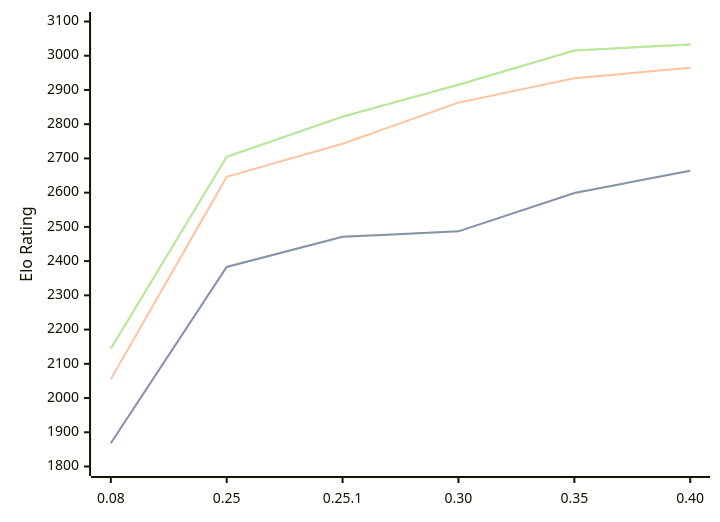
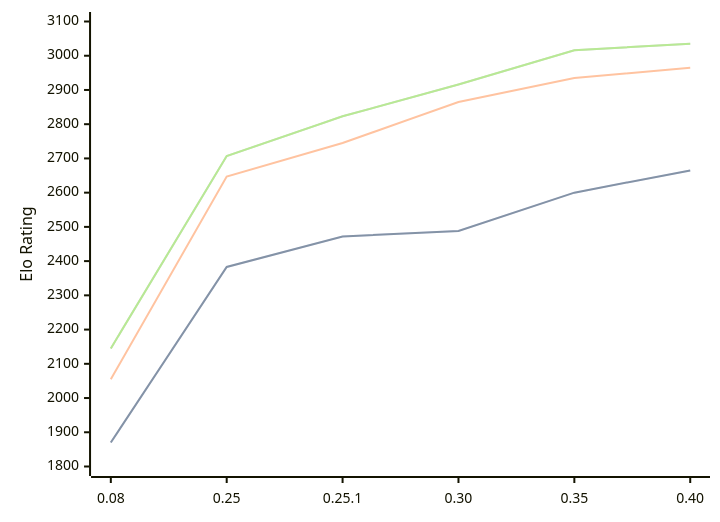
Before and after one commit to computer-chess-index/cci: the diagram in engines/Gecko.md, drawn with Mermaid. The commit also changed other lines of this file, not shown here.

Commit message:
Update CCI Ratings (ELO VLTC) - 2026-08-15

````diff
--- a/engines/Gecko.md
+++ b/engines/Gecko.md
@@ -36,11 +36,11 @@
 ```mermaid
 %%{init: {"theme":"base","themeVariables":{"seriesColors:['#a3a3a3','#222221','#faa371']}}}%%
 xychart-beta
   x-axis ["0.08", "0.25", "0.25.1", "0.30", "0.35", "0.40"]
   y-axis "Elo Rating" 1800 --> 3100
-  line "STC (8.0+0.08s)" [1868, 2383, 2471, 2487, 2599, 2664]
-  line "STC (8.0+0.08s)" [1868, 2383, 2471, 2487, 2599, 2664]
-  line "LTC (60.0+0.60s)" [2055, 2646, 2743, 2863, 2934, 2965]
-  line "VLTC (2m24s+1.12s)" [2144, 2705, 2822, 2915, 3015, 3033]
-  line "VLTC (2m24s+1.12s)" [2144, 2705, 2822, 2915, 3015, 3033]
+  line "STC (8.0+0.08s)" [1870, 2383, 2472, 2488, 2600, 2665]
+  line "STC (8.0+0.08s)" [1870, 2383, 2472, 2488, 2600, 2665]
+  line "LTC (60.0+0.60s)" [2055, 2647, 2745, 2865, 2935, 2965]
+  line "VLTC (2m24s+1.12s)" [2145, 2707, 2823, 2916, 3016, 3035]
+  line "VLTC (2m24s+1.12s)" [2145, 2707, 2823, 2916, 3016, 3035]
 ```
````
